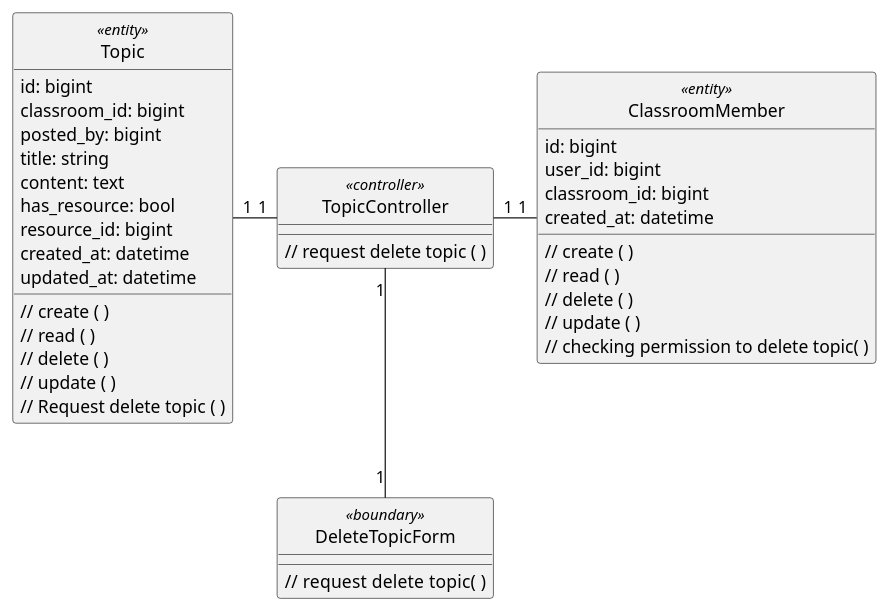
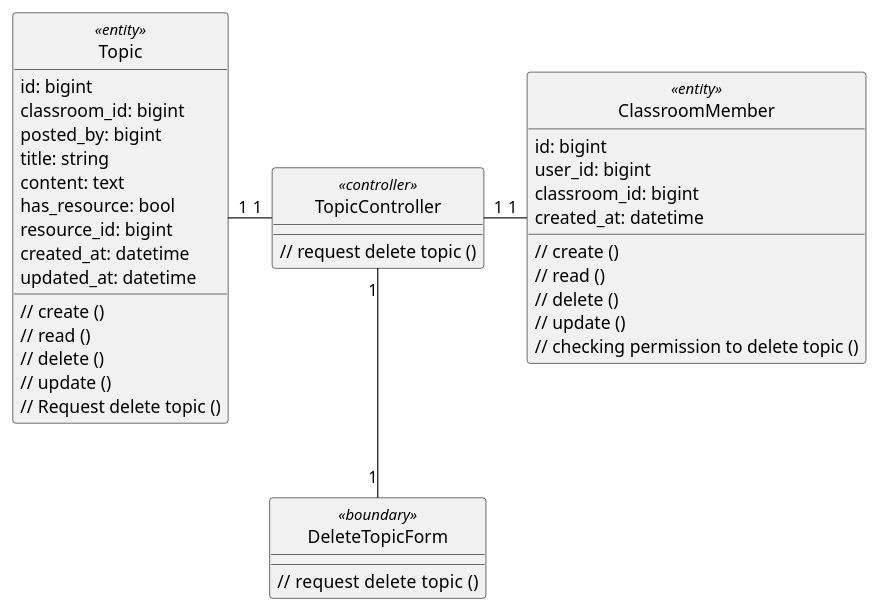
The diagram in class - analysis/topic/deleteTopic.plantuml (anonyhostvn/OOAD-Diagram), drawn with PlantUML before and after one commit. The commit also changed 18 other files, not shown here.

```diff
--- a/class - analysis/topic/deleteTopic.plantuml
+++ b/class - analysis/topic/deleteTopic.plantuml
@@ -1,52 +1,52 @@
 @startuml deleteTopic
 
 class Topic <<entity>> {
     id: bigint
     classroom_id: bigint
     posted_by: bigint
     title: string
     content: text
     has_resource: bool
     resource_id: bigint
     created_at: datetime
     updated_at: datetime
 
-    // create ( )
-    // read ( )
-    // delete ( )
-    // update ( )
-    // Request delete topic ( )
+    // create ()
+    // read ()
+    // delete ()
+    // update ()
+    // Request delete topic ()
 }
 
 class ClassroomMember <<entity>> {
     id: bigint
     user_id: bigint
     classroom_id: bigint
     created_at: datetime
 
-    // create ( )
-    // read ( )
-    // delete ( )
-    // update ( )
-    // checking permission to delete topic( )
+    // create ()
+    // read ()
+    // delete ()
+    // update ()
+    // checking permission to delete topic ()
 }
 
 class DeleteTopicForm <<boundary>> {
-    // request delete  topic( )
+    // request delete  topic ()
 }
 
 class TopicController <<controller>> {
-    // request delete topic ( )
+    // request delete topic ()
 }
 
 hide Topic <<entity>> circle
 hide DeleteTopicForm <<boundary>> circle
 hide TopicController <<controller>> circle
 
 TopicController "1" -left- "1" Topic
 TopicController "1" -right- "1" ClassroomMember
 TopicController "1" -down- "1" DeleteTopicForm
 
 
 
 @enduml
```
